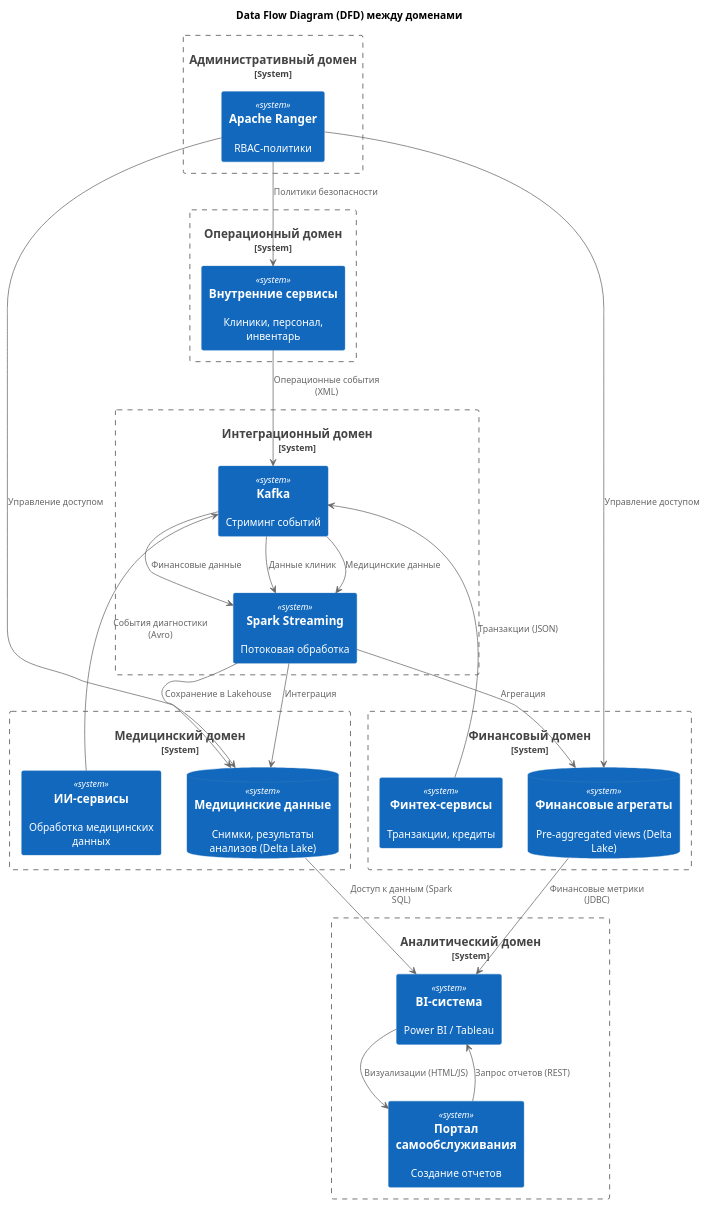
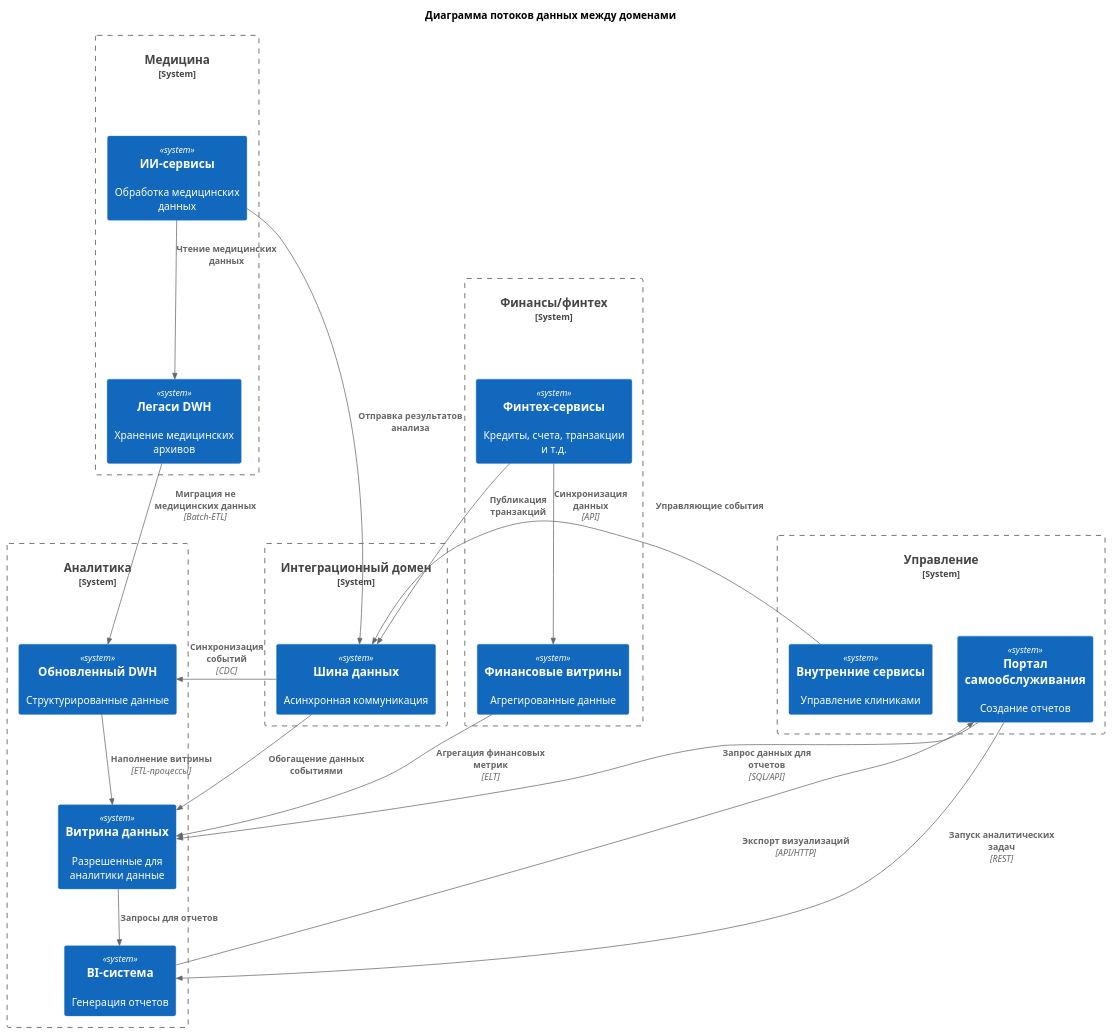
One commit to snakeduse/architecture-sprint-11 changed the diagram in Exc2/dfd.puml. Above: the diagram before and after it, drawn with PlantUML. The commit also changed 2 other files, not shown here.

Commit message:
feat(Exc2): Доработал описание доменов и добавил диаграмму потоков данных

```diff
--- a/Exc2/dfd.puml
+++ b/Exc2/dfd.puml
@@ -1,63 +1,58 @@
 @startuml
 !include <C4/C4_Context>
 
-title Data Flow Diagram (DFD) между доменами
+title Диаграмма потоков данных между доменами
 
 ' ---------- Домены ----------
-System_Boundary(Медицинский_домен, "Медицинский домен") {
-    System(ИИ_сервисы, "ИИ-сервисы", "Обработка медицинских данных")
-    SystemDb(Мед_данные, "Медицинские данные", "Снимки, результаты анализов (Delta Lake)")
+System_Boundary(domain_health, "Медицина") {
+    System(ai_services, "ИИ-сервисы", "Обработка медицинских данных")
+    System(legacy_dwh, "Легаси DWH", "Хранение медицинских архивов")
 }
 
-System_Boundary(Финансовый_домен, "Финансовый домен") {
-    System(Финтех, "Финтех-сервисы", "Транзакции, кредиты")
-    SystemDb(Фин_агрегаты, "Финансовые агрегаты", "Pre-aggregated views (Delta Lake)")
+System_Boundary(domain_fontech, "Финансы/финтех") {
+    System(fintech_services, "Финтех-сервисы", "Кредиты, счета, транзакции и т.д.")
+    System(fintech_services_data_mart, "Финансовые витрины", "Агрегированные данные")
 }
 
-System_Boundary(Аналитический_домен, "Аналитический домен") {
-    System(BI, "BI-система", "Power BI / Tableau")
-    System(Портал, "Портал самообслуживания", "Создание отчетов")
+System_Boundary(domain_analytics, "Аналитика") {
+    System(data_mart, "Витрина данных", "Разрешенные для аналитики данные")
+    System(modern_dwh, "Обновленный DWH", "Структурированные данные")
+    System(bi, "BI-система", "Генерация отчетов")
 }
 
-System_Boundary(Операционный_домен, "Операционный домен") {
-    System(Управление, "Внутренние сервисы", "Клиники, персонал, инвентарь")
+System_Boundary(integration_domain, "Интеграционный домен") {
+    System(kafka, "Шина данных", "Асинхронная коммуникация")
 }
 
-System_Boundary(Интеграционный_домен, "Интеграционный домен") {
-    System(Шина, "Kafka", "Стриминг событий")
-    System(Обработка, "Spark Streaming", "Потоковая обработка")
-}
-
-System_Boundary(Административный_домен, "Административный домен") {
-    System(Админ, "Apache Ranger", "RBAC-политики")
+System_Boundary(domain_management, "Управление") {
+    System(portal, "Портал самообслуживания", "Создание отчетов")
+    System(internal_services, "Внутренние сервисы", "Управление клиниками")
 }
 
 ' ---------- Потоки данных ----------
 
 ' Медицинский домен
-ИИ_сервисы --> Шина : "События диагностики (Avro)"
-Шина --> Обработка : "Медицинские данные"
-Обработка --> Мед_данные : "Сохранение в Lakehouse"
-Мед_данные --> BI : "Доступ к данным (Spark SQL)"
+Rel(ai_services, legacy_dwh, "Чтение медицинских данных")
+Rel(ai_services, kafka, "Отправка результатов анализа")
+Rel(legacy_dwh, modern_dwh, "Миграция не медицинских данных", "Batch-ETL")
 
 ' Финансовый домен
-Финтех --> Шина : "Транзакции (JSON)"
-Шина --> Обработка : "Финансовые данные"
-Обработка --> Фин_агрегаты : "Агрегация"
-Фин_агрегаты --> BI : "Финансовые метрики (JDBC)"
+Rel(fintech_services, kafka, "Публикация транзакций")
+Rel(fintech_services, fintech_services_data_mart, "Синхронизация данных", "API")
+Rel(fintech_services_data_mart, data_mart, "Агрегация финансовых метрик", "ELT")
 
 ' Аналитический домен
-Портал --> BI : "Запрос отчетов (REST)"
-BI --> Портал : "Визуализации (HTML/JS)"
+Rel(modern_dwh, data_mart, "Наполнение витрины", "ETL-процессы")
+Rel(data_mart, bi, "Запросы для отчетов")
+Rel(bi, portal, "Экспорт визуализаций", "API/HTTP")
+
+' Интеграционный домен
+Rel(kafka, data_mart, "Обогащение данных событиями")
+Rel(kafka, modern_dwh, "Синхронизация событий", "CDC")
 
 ' Операционный домен
-Управление --> Шина : "Операционные события (XML)"
-Шина --> Обработка : "Данные клиник"
-Обработка --> Мед_данные : "Интеграция"
-
-' Административный домен
-Админ --> Мед_данные : "Управление доступом"
-Админ --> Фин_агрегаты : "Управление доступом"
-Админ --> Управление : "Политики безопасности"
+Rel(internal_services, kafka, "Управляющие события")
+Rel(portal, data_mart, "Запрос данных для отчетов", "SQL/API")
+Rel(portal, bi, "Запуск аналитических задач", "REST")
 
 @enduml
```
